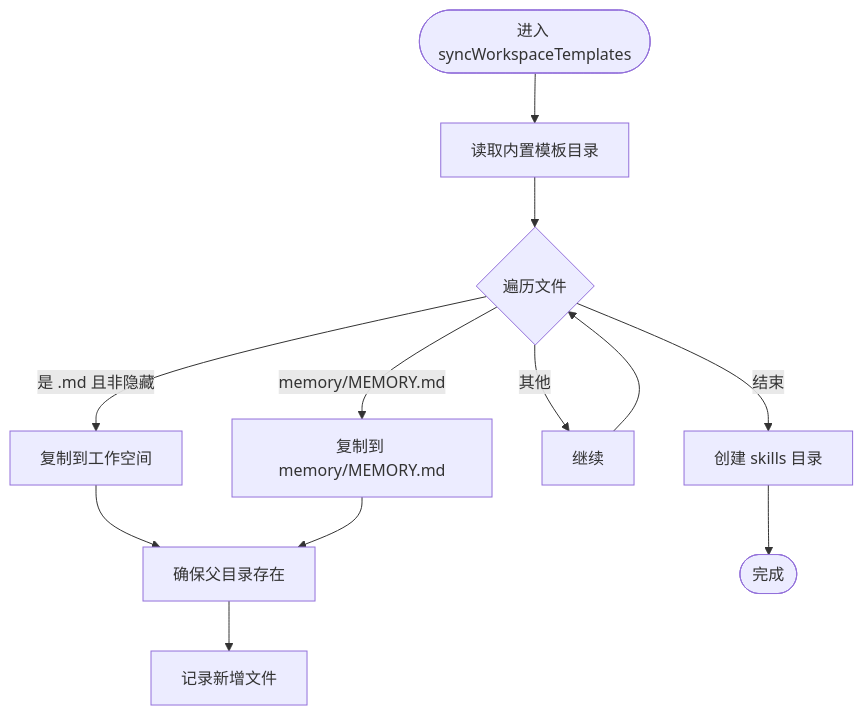
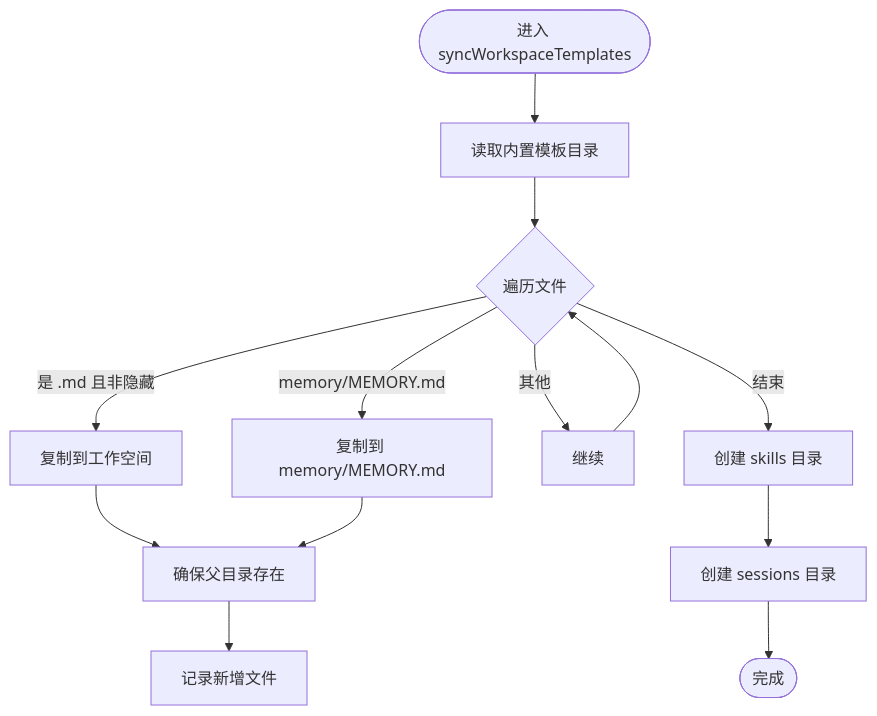
Before and after one commit to neciszhang/batbot: the fourth of 4 diagrams in .qoder/repowiki/zh/content/工作空间管理/工作空间管理.md, drawn with Mermaid. The commit also changed other lines of this file and 4 other files, not shown here.

````diff
--- a/.qoder/repowiki/zh/content/工作空间管理/工作空间管理.md
+++ b/.qoder/repowiki/zh/content/工作空间管理/工作空间管理.md
@@ -201,14 +279,15 @@
 ```mermaid
 flowchart TD
 Start(["进入 syncWorkspaceTemplates"]) --> Read["读取内置模板目录"]
 Read --> Loop{"遍历文件"}
 Loop --> |是 .md 且非隐藏| Copy["复制到工作空间"]
 Loop --> |memory/MEMORY.md| CopyMem["复制到 memory/MEMORY.md"]
 Loop --> |其他| Next["继续"]
 Copy --> Mkdir["确保父目录存在"]
 CopyMem --> Mkdir
 Mkdir --> Record["记录新增文件"]
 Next --> Loop
 Loop --> |结束| EnsureSkills["创建 skills 目录"]
-EnsureSkills --> Done(["完成"])
+EnsureSkills --> EnsureSessions["创建 sessions 目录"]
+EnsureSessions --> Done(["完成"])
 ```
````
